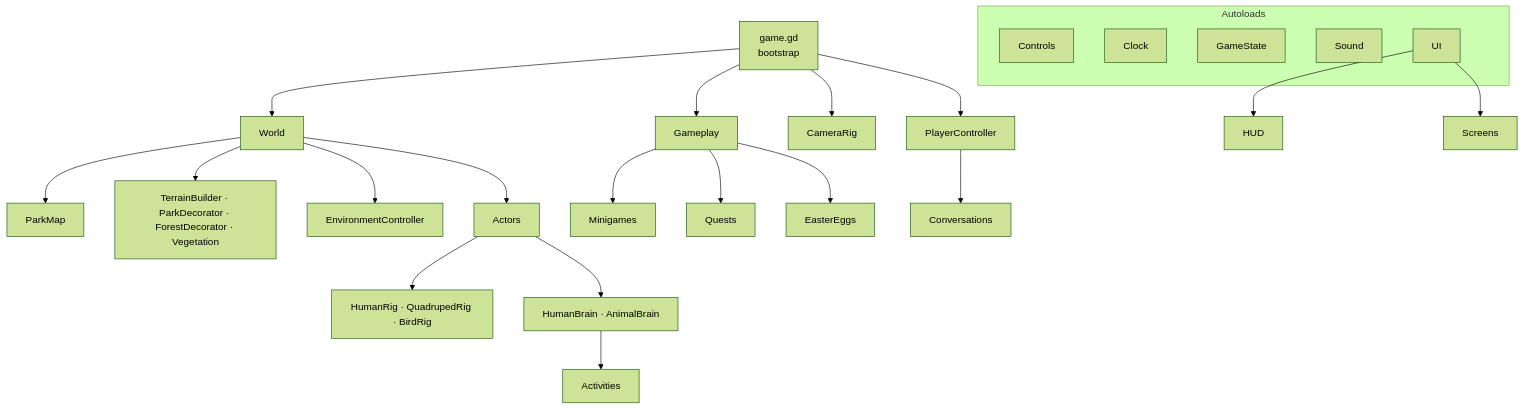
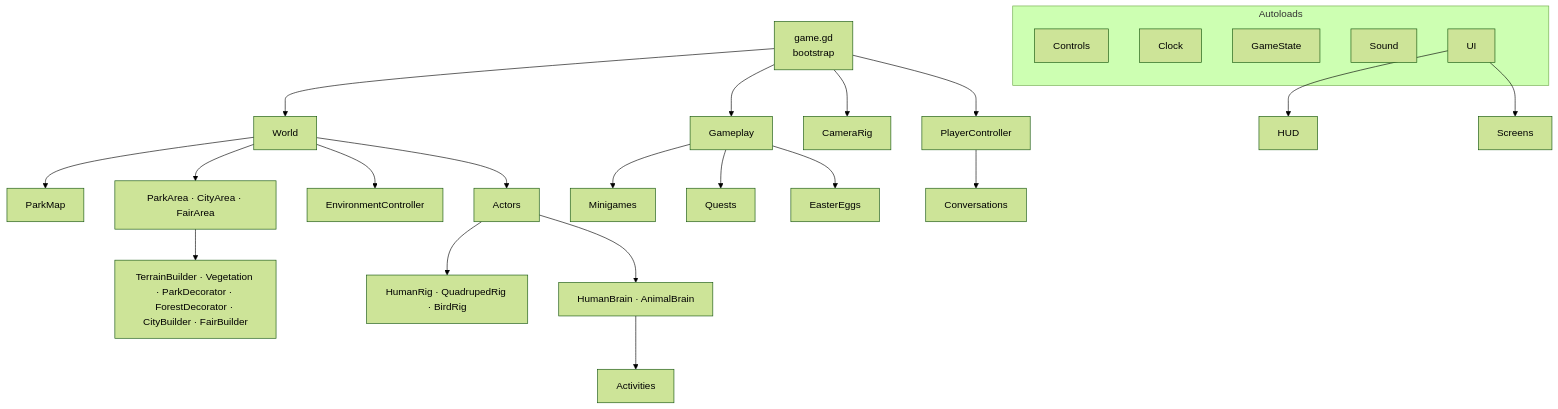
Before and after one commit to MarkDrei/Godot-Park: the second of 6 diagrams in doc/arc42.md, drawn with Mermaid (forest theme). The commit also changed other lines of this file and 74 other files, not shown here.

````diff
--- a/doc/arc42.md
+++ b/doc/arc42.md
@@ -91,22 +91,23 @@
 ```mermaid
 flowchart TB
   subgraph Autoloads
     Controls; Clock; GameState; Sound; UI
   end
   Game[game.gd<br/>bootstrap] --> World
   Game --> PlayerController
   Game --> CameraRig
   Game --> Gameplay
   World --> ParkMap
-  World --> Builders[TerrainBuilder · ParkDecorator · ForestDecorator · Vegetation]
+  World --> Areas[ParkArea · CityArea · FairArea]
+  Areas --> Builders[TerrainBuilder · Vegetation · ParkDecorator · ForestDecorator · CityBuilder · FairBuilder]
   World --> Env[EnvironmentController]
   World --> Actors
   Actors --> Rigs[HumanRig · QuadrupedRig · BirdRig]
   Actors --> Brains[HumanBrain · AnimalBrain]
   Brains --> Activities
   Gameplay --> Minigames
   Gameplay --> Quests
   Gameplay --> EasterEggs
   PlayerController --> Conversations
   UI --> HUD & Screens
 ```
````
